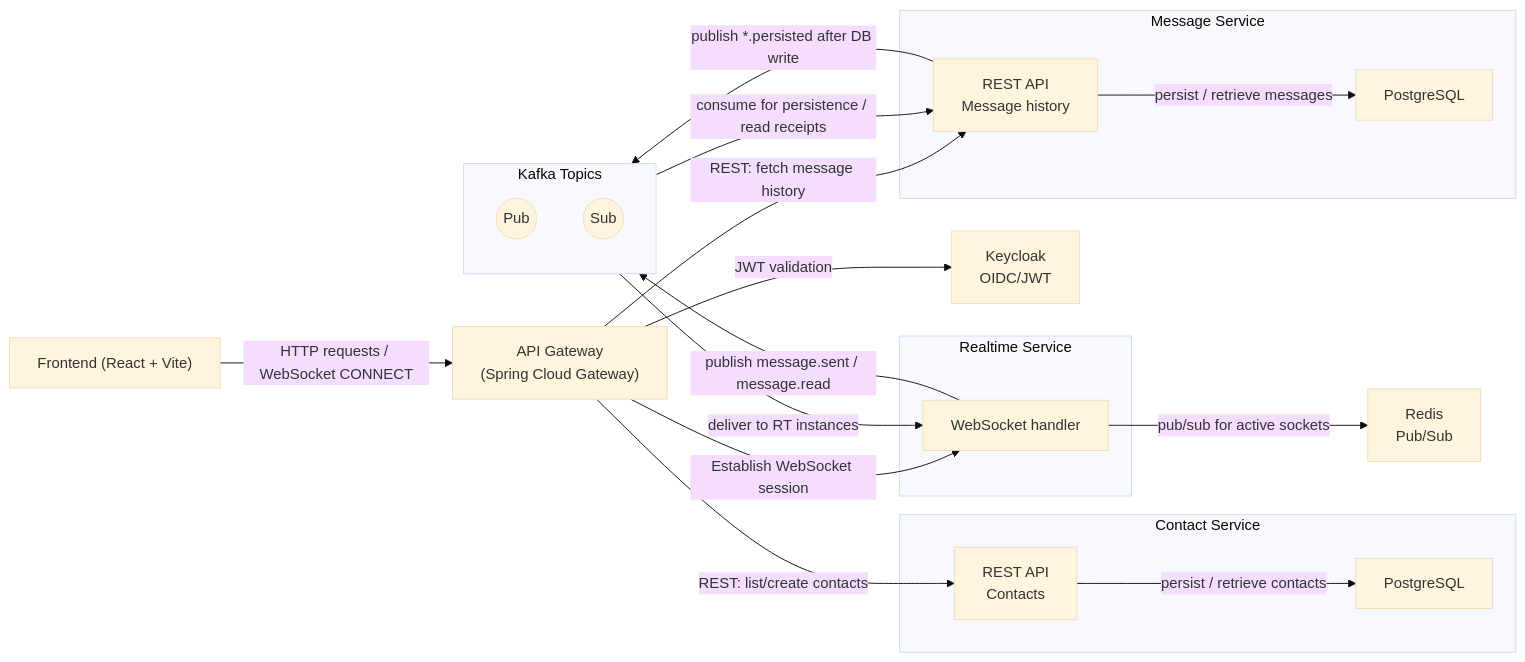
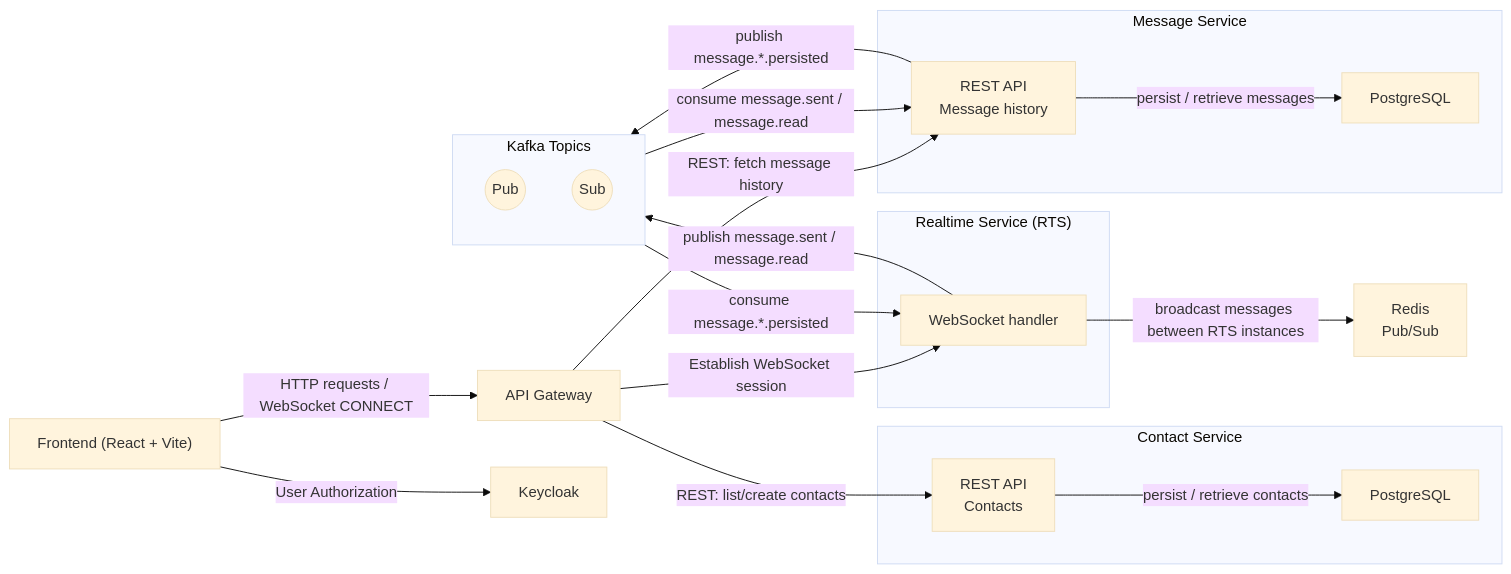
The first of 4 diagrams in README.md (psobow/chat-app), drawn with Mermaid (base theme) before and after one commit. The commit also changed other lines of this file, not shown here.

````diff
--- a/README.md
+++ b/README.md
@@ -120,49 +124,49 @@
 ```mermaid
 graph LR
 
 %% Top row
-UI["Frontend (React + Vite)"] -->|HTTP requests / WebSocket CONNECT| GW["API Gateway<br/>(Spring Cloud Gateway)"]
-GW -->|JWT validation| KC["Keycloak<br/>OIDC/JWT"]
+UI["Frontend (React + Vite)"] -->|HTTP requests / WebSocket CONNECT| GW["API Gateway"]
+UI -->|User Authorization| KC["Keycloak"]
 
 %% Services row
 subgraph Contact Service
   CTAPI["REST API<br/>Contacts"]
   CTDB["PostgreSQL"]
 end
 
 subgraph Message Service
   MSGAPI["REST API<br/>Message history"]
   MSGDB["PostgreSQL"]
 end
 
-subgraph Realtime Service
+subgraph RTS["Realtime Service (RTS)"]
   RTWS["WebSocket handler"]
 end
 
 %% Gateway -> Services
 GW -->|REST: list/create contacts| CTAPI
 GW -->|REST: fetch message history| MSGAPI
 GW -->|Establish WebSocket session| RTWS
 
 %% Persistence
 CTAPI -->|persist / retrieve contacts| CTDB
 MSGAPI -->|persist / retrieve messages| MSGDB
 
 %% Infra
 REDIS["Redis<br/>Pub/Sub"]
 
 %% Kafka split to avoid label overlap
 subgraph KAFKA[Kafka Topics]
   direction TB
   KAFKA_PUB((Pub))
   KAFKA_SUB((Sub))
 end
 
 %% Realtime / events
-RTWS -->|pub/sub for active sockets| REDIS
+RTWS -->|broadcast messages between RTS instances| REDIS
 RTWS -->|publish message.sent / message.read| KAFKA_PUB
-MSGAPI -->|publish *.persisted after DB write| KAFKA_PUB
-KAFKA_SUB -->|deliver to RT instances| RTWS
-KAFKA_SUB -->|consume for persistence / read receipts| MSGAPI
+MSGAPI -->|publish message.*.persisted| KAFKA_PUB
+KAFKA_SUB -->|consume message.*.persisted| RTWS
+KAFKA_SUB -->|consume message.sent / message.read| MSGAPI
 
 ```
````
